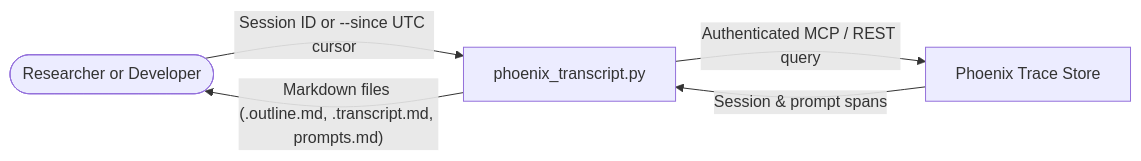
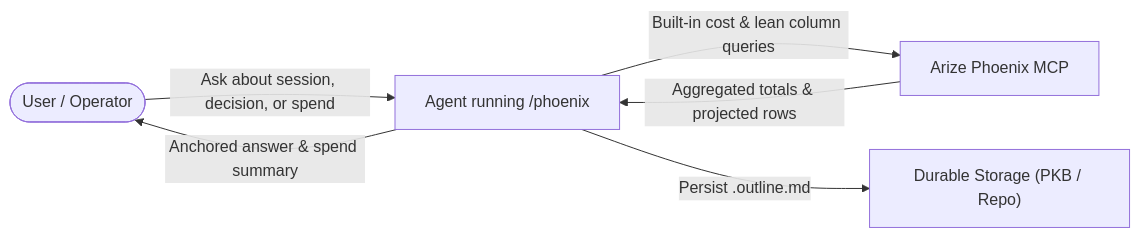
The diagram in specs/observability/decision-trace.md (nicsuzor/academicOps), drawn with Mermaid before and after one commit. The commit also changed other lines of this file and 58 other files, not shown here.

First line of the commit message:
feat(ida,ida-telegram,specs): consolidate /phoenix skill, SQLite allowlist, stateless MCP caller session, and dynamic Telegram menus (#3671)

````diff
--- a/specs/observability/decision-trace.md
+++ b/specs/observability/decision-trace.md
@@ -14,7 +12,8 @@
 ```mermaid
 flowchart LR
-    Operator(["Researcher or Developer"]) -->|"Session ID or --since UTC cursor"| CLI["phoenix_transcript.py"]
-    CLI -->|"Authenticated MCP / REST query"| Store["Phoenix Trace Store"]
-    Store -->|"Session & prompt spans"| CLI
-    CLI -->|"Markdown files (<slug>.outline.md, <slug>.transcript.md, prompts.md)"| Operator
+    User(["User / Operator"]) -->|"Ask about session, decision, or spend"| Agent["Agent running /phoenix"]
+    Agent -->|"Built-in cost & lean column queries"| Phoenix["Arize Phoenix MCP"]
+    Phoenix -->|"Aggregated totals & projected rows"| Agent
+    Agent -->|"Persist <slug>.outline.md"| Storage["Durable Storage (PKB / Repo)"]
+    Agent -->|"Anchored answer & spend summary"| User
 ```
````
